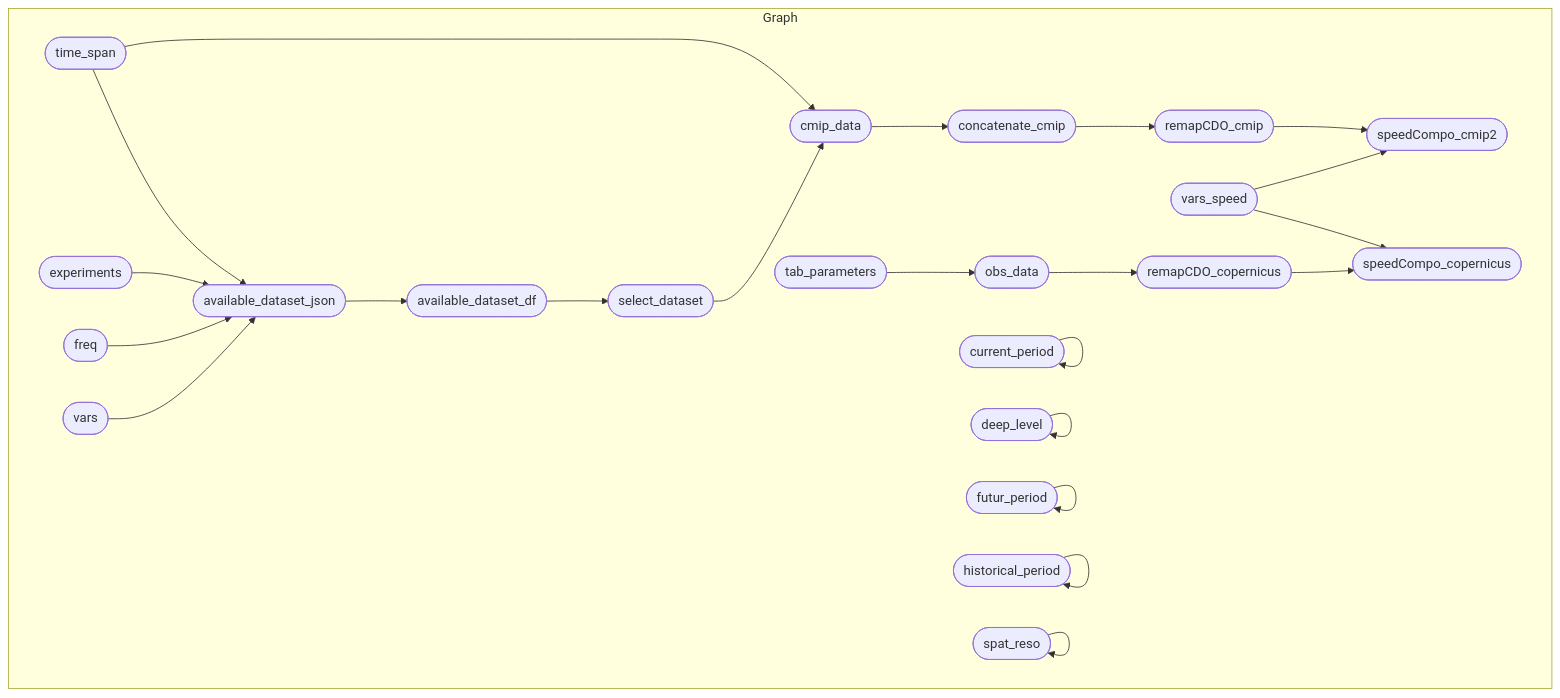
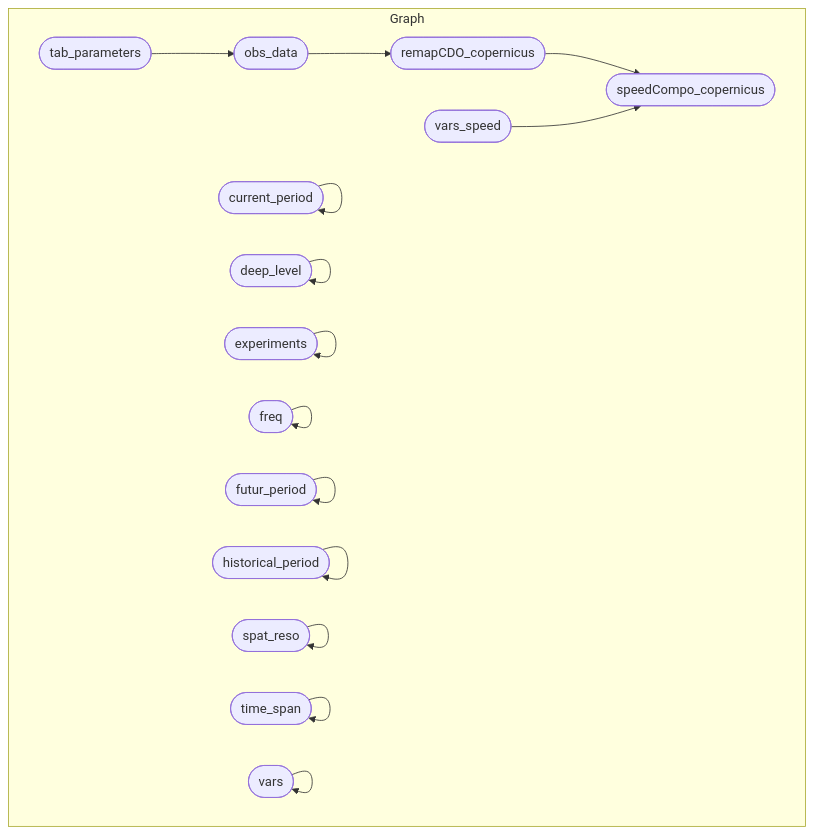
Before and after one commit to r-fernandezz/downshape: the diagram in README.md, drawn with Mermaid. The commit also changed other lines of this file and 2 other files, not shown here.

Commit message:
🚩 FLAG: Copernicus data processing ready

````diff
--- a/README.md
+++ b/README.md
@@ -22,27 +22,19 @@
 ``` mermaid
 graph LR
   subgraph Graph
     direction LR
-    x6fcf9b0e7fc429ff(["available_dataset_json"]):::uptodate --> xe895740a9b7896f7(["available_dataset_df"]):::uptodate
-    x4fe875b2492d0106(["concatenate_cmip"]):::outdated --> xf4b49e2ba07661b1(["remapCDO_cmip"]):::outdated
-    xd8e5f2013a341013(["cmip_data"]):::outdated --> x4fe875b2492d0106(["concatenate_cmip"]):::outdated
-    x3f5ab24ee8d242b4(["select_dataset"]):::outdated --> xd8e5f2013a341013(["cmip_data"]):::outdated
-    x2c0118dd07b06ac8(["time_span"]):::uptodate --> xd8e5f2013a341013(["cmip_data"]):::outdated
-    xac02e5e58926353b(["experiments"]):::uptodate --> x6fcf9b0e7fc429ff(["available_dataset_json"]):::uptodate
-    x906e78a8df9f52cb(["freq"]):::uptodate --> x6fcf9b0e7fc429ff(["available_dataset_json"]):::uptodate
-    x2c0118dd07b06ac8(["time_span"]):::uptodate --> x6fcf9b0e7fc429ff(["available_dataset_json"]):::uptodate
-    x8f15ec77b8dbd81a(["vars"]):::uptodate --> x6fcf9b0e7fc429ff(["available_dataset_json"]):::uptodate
-    xf4b49e2ba07661b1(["remapCDO_cmip"]):::outdated --> x0a3d6e672db943e2(["speedCompo_cmip2"]):::outdated
-    xca459201a27e8460(["vars_speed"]):::uptodate --> x0a3d6e672db943e2(["speedCompo_cmip2"]):::outdated
-    xe895740a9b7896f7(["available_dataset_df"]):::uptodate --> x3f5ab24ee8d242b4(["select_dataset"]):::outdated
     xd7bca5ba4e5f539d(["obs_data"]):::uptodate --> xec6283d15a25ed08(["remapCDO_copernicus"]):::uptodate
-    xec6283d15a25ed08(["remapCDO_copernicus"]):::uptodate --> xfc6ed28680e5db72(["speedCompo_copernicus"]):::errored
-    xca459201a27e8460(["vars_speed"]):::uptodate --> xfc6ed28680e5db72(["speedCompo_copernicus"]):::errored
+    xec6283d15a25ed08(["remapCDO_copernicus"]):::uptodate --> xfc6ed28680e5db72(["speedCompo_copernicus"]):::uptodate
+    xca459201a27e8460(["vars_speed"]):::uptodate --> xfc6ed28680e5db72(["speedCompo_copernicus"]):::uptodate
     x4301c707c2ab0cdc(["tab_parameters"]):::uptodate --> xd7bca5ba4e5f539d(["obs_data"]):::uptodate
     x084994fb0e480676(["current_period"]):::uptodate --> x084994fb0e480676(["current_period"]):::uptodate
     x625f066a5f205ec8(["deep_level"]):::uptodate --> x625f066a5f205ec8(["deep_level"]):::uptodate
+    xac02e5e58926353b(["experiments"]):::uptodate --> xac02e5e58926353b(["experiments"]):::uptodate
+    x906e78a8df9f52cb(["freq"]):::uptodate --> x906e78a8df9f52cb(["freq"]):::uptodate
     xbce5cad1cf7e7103(["futur_period"]):::uptodate --> xbce5cad1cf7e7103(["futur_period"]):::uptodate
     x57dd1d5e854c11b6(["historical_period"]):::uptodate --> x57dd1d5e854c11b6(["historical_period"]):::uptodate
     xe73cbbcc20086ecd(["spat_reso"]):::uptodate --> xe73cbbcc20086ecd(["spat_reso"]):::uptodate
+    x2c0118dd07b06ac8(["time_span"]):::uptodate --> x2c0118dd07b06ac8(["time_span"]):::uptodate
+    x8f15ec77b8dbd81a(["vars"]):::uptodate --> x8f15ec77b8dbd81a(["vars"]):::uptodate
   end
 ```
````
